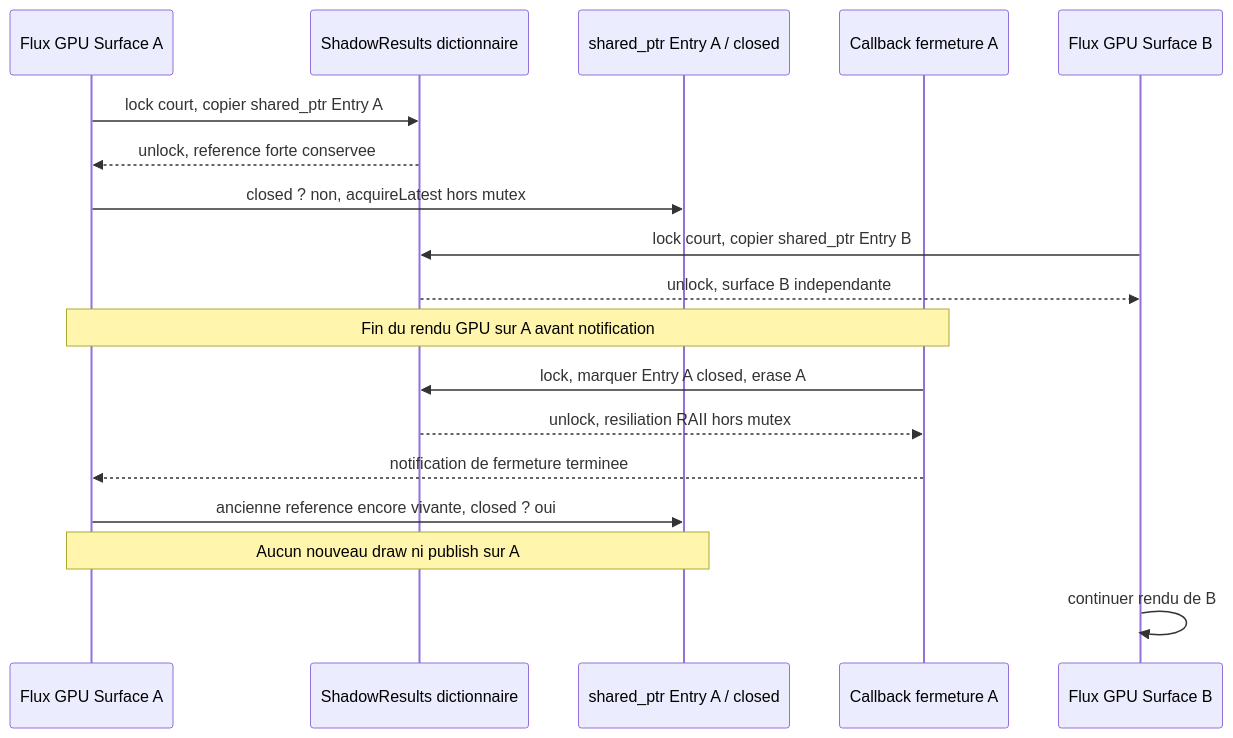
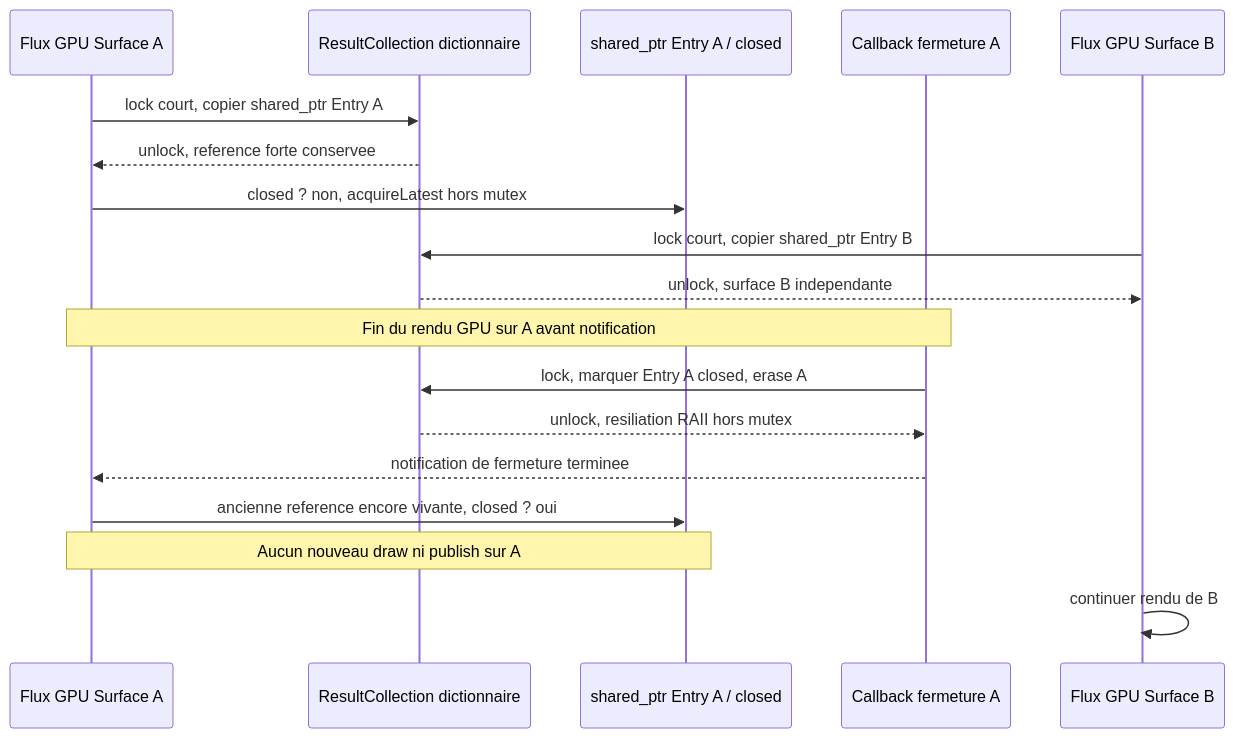
Before and after one commit to EreliaStudio/Sparkle: the seventh of 20 diagrams in docs/voxel-engine-v0.1.4/08-lumieres-et-ombres.md, drawn with Mermaid. The commit also changed other lines of this file and 5 other files, not shown here.

Commit message:
docs(PR21): use ShadowMap::Result and ResultCollection terminology

````diff
--- a/docs/voxel-engine-v0.1.4/08-lumieres-et-ombres.md
+++ b/docs/voxel-engine-v0.1.4/08-lumieres-et-ombres.md
@@ -260,20 +260,20 @@
 ```mermaid
 sequenceDiagram
   participant A as Flux GPU Surface A
-  participant D as ShadowResults dictionnaire
+  participant D as ResultCollection dictionnaire
   participant E as shared_ptr Entry A / closed
   participant F as Callback fermeture A
   participant B as Flux GPU Surface B
   A->>D: lock court, copier shared_ptr Entry A
   D-->>A: unlock, reference forte conservee
   A->>E: closed ? non, acquireLatest hors mutex
   B->>D: lock court, copier shared_ptr Entry B
   D-->>B: unlock, surface B independante
   Note over A,F: Fin du rendu GPU sur A avant notification
   F->>D: lock, marquer Entry A closed, erase A
   D-->>F: unlock, resiliation RAII hors mutex
   F-->>A: notification de fermeture terminee
   A->>E: ancienne reference encore vivante, closed ? oui
   Note over A,E: Aucun nouveau draw ni publish sur A
   B->>B: continuer rendu de B
 ```
````
